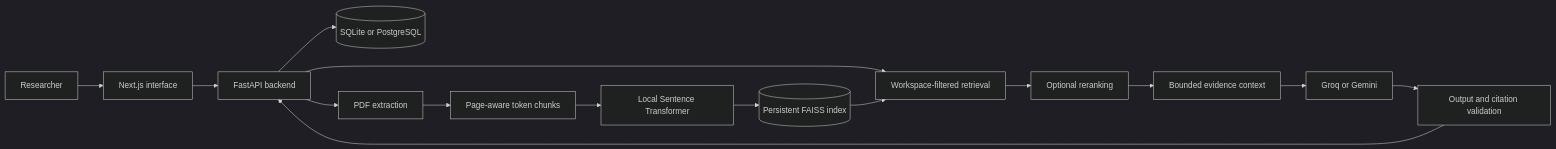
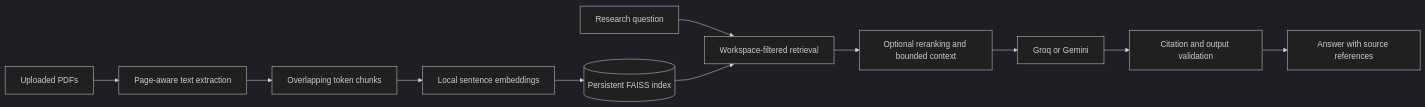
One commit to Azrul16/researchlens-ai-rag-assistant changed the diagram in README.md. Above: the diagram before and after it, drawn with Mermaid (dark theme). The commit also changed other lines of this file and 6 other files, not shown here.

````diff
--- a/README.md
+++ b/README.md
@@ -221,17 +181,13 @@
 ```mermaid
 flowchart LR
-    U[Researcher] --> W[Next.js interface]
-    W --> API[FastAPI backend]
-    API --> DB[(SQLite or PostgreSQL)]
-    API --> PDF[PDF extraction]
-    PDF --> C[Page-aware token chunks]
-    C --> E[Local Sentence Transformer]
-    E --> V[(Persistent FAISS index)]
-    API --> R[Workspace-filtered retrieval]
-    V --> R
-    R --> RR[Optional reranking]
-    RR --> CTX[Bounded evidence context]
-    CTX --> LLM[Groq or Gemini]
-    LLM --> CHECK[Output and citation validation]
-    CHECK --> API
+    PDF[Uploaded PDFs] --> Extract[Page-aware text extraction]
+    Extract --> Chunk[Overlapping token chunks]
+    Chunk --> Embed[Local sentence embeddings]
+    Embed --> Index[(Persistent FAISS index)]
+    Question[Research question] --> Retrieve[Workspace-filtered retrieval]
+    Index --> Retrieve
+    Retrieve --> Context[Optional reranking and bounded context]
+    Context --> LLM[Groq or Gemini]
+    LLM --> Validate[Citation and output validation]
+    Validate --> Answer[Answer with source references]
 ```
````
